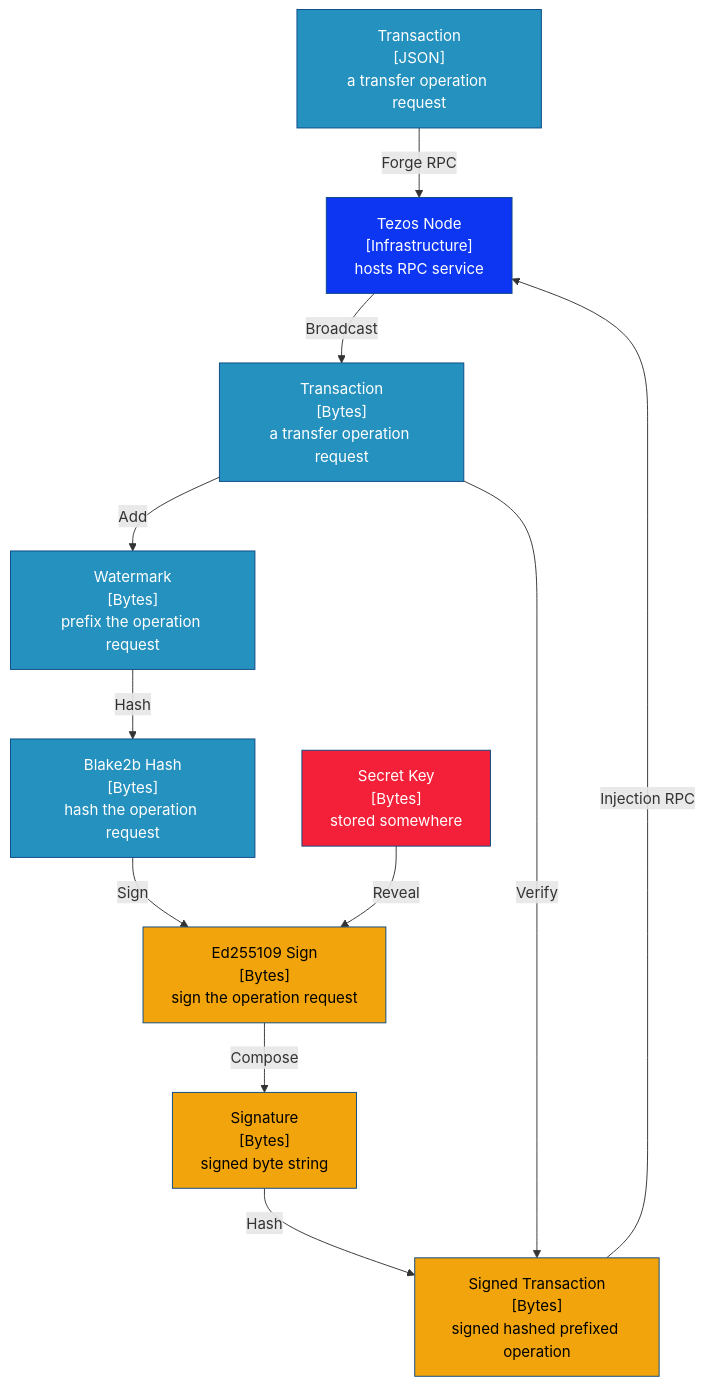
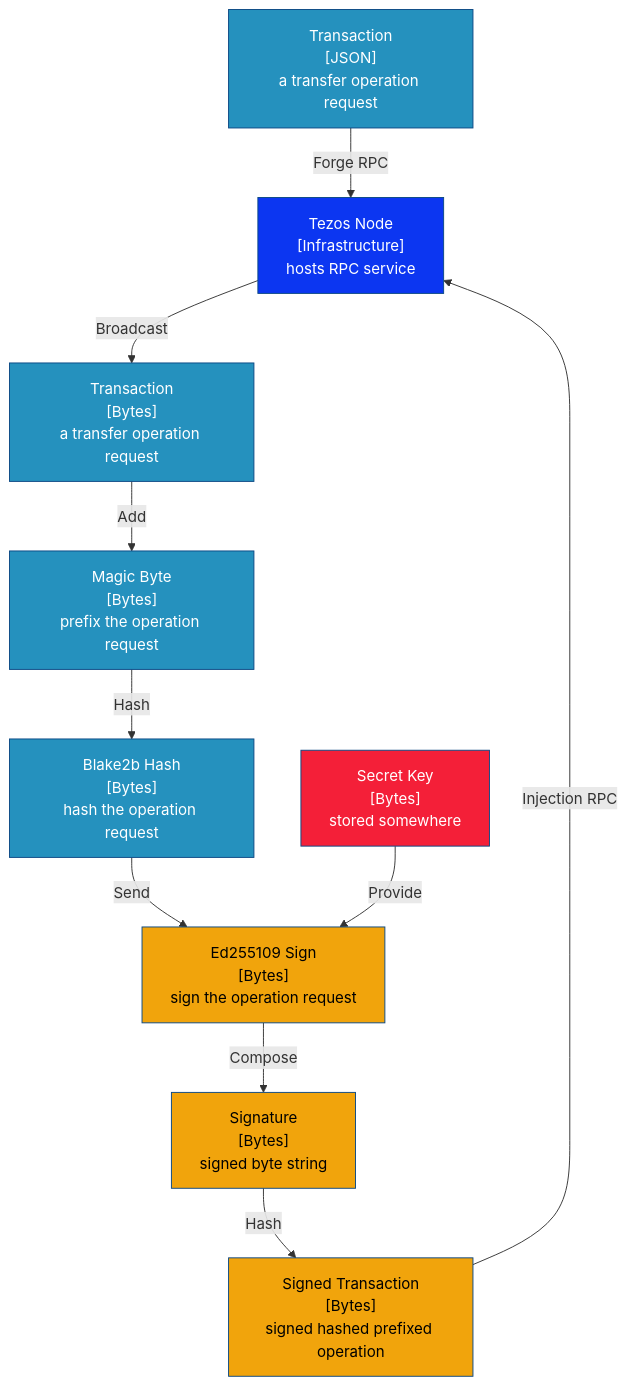
The fourth of 4 diagrams in docs/signatory-architecture.md (ecadlabs/signatory), drawn with Mermaid before and after one commit.

Commit message:
updated signing component diagram per meeting

````diff
--- a/docs/signatory-architecture.md
+++ b/docs/signatory-architecture.md
@@ -211,60 +211,59 @@
 ```mermaid
 flowchart TB
 
 TJ["Transaction
 [JSON]
 a transfer operation request"]
 
 TB["Transaction
 [Bytes]
 a transfer operation request"]
 
 TN["Tezos Node
 [Infrastructure]
 hosts RPC service"]
 
-W["Watermark
+W["Magic Byte
 [Bytes]
 prefix the operation request"]
 
 B["Blake2b Hash
 [Bytes]
 hash the operation request"]
 
 ED["Ed255109 Sign
 [Bytes]
 sign the operation request"]
 
 SK["Secret Key
 [Bytes]
 stored somewhere"]
 
 SIG["Signature
 [Bytes]
 signed byte string"]
 
 ST["Signed Transaction
 [Bytes]
 signed hashed prefixed operation"]
 
 TJ-- "Forge RPC" -->TN
 TN-- "Broadcast " -->TB
 TB-- "Add" -->W
 W-- "Hash" -->B
-B-- "Sign" -->ED
-SK-- "Reveal" -->ED
+B-- "Send" -->ED
+SK-- "Provide" -->ED
 ED-- "Compose" -->SIG
 SIG--"Hash " -->ST
-TB-- "Verify" -->ST
 ST-- "Injection RPC" -->TN
 
 classDef node fill:#0C36F1,stroke:#0b4884,color:#ffffff
 classDef key fill:#F41F38,stroke:#0b4884,color:#ffffff
 classDef transaction fill:#2591BE,stroke:#0b4884,color:#ffffff
 classDef signature fill:#F1A40C,stroke:#0b4884,color:#000000
 
 class TJ,TB,W,B transaction
 class TN node
 class SK key
 class ED,SIG,ST signature
 ```
````
